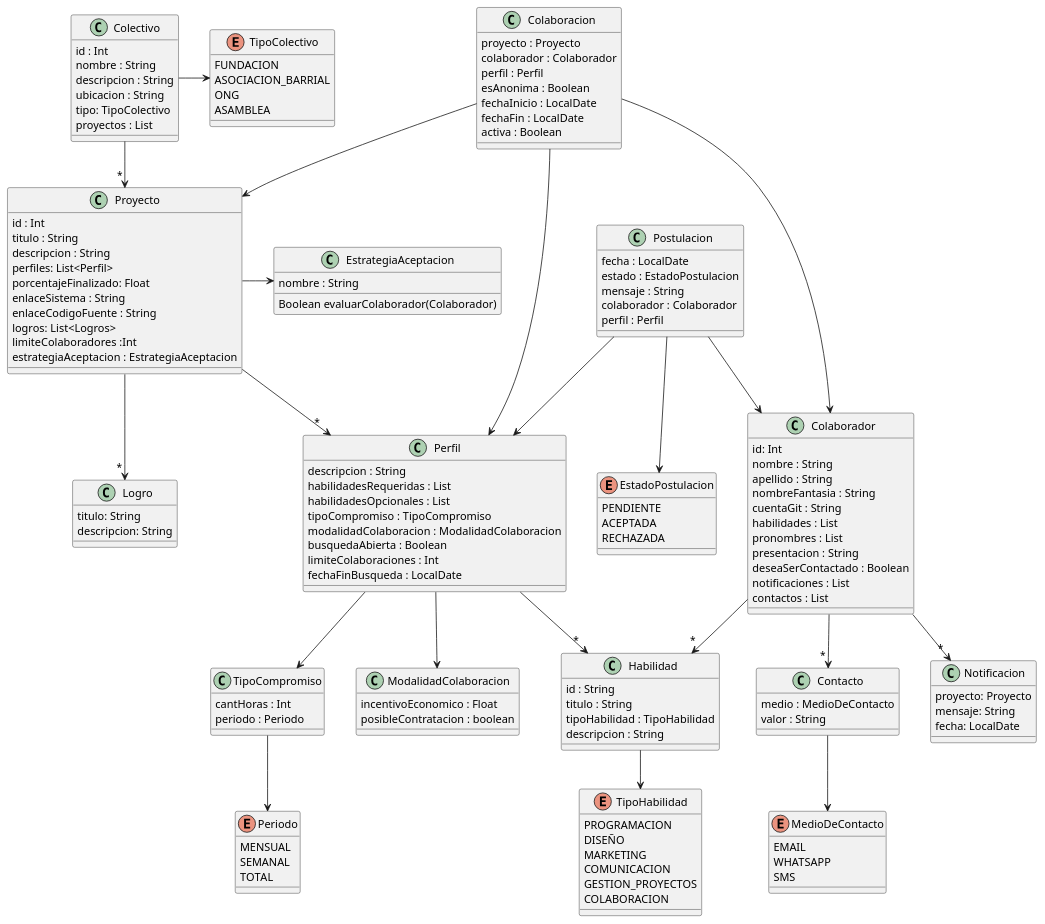
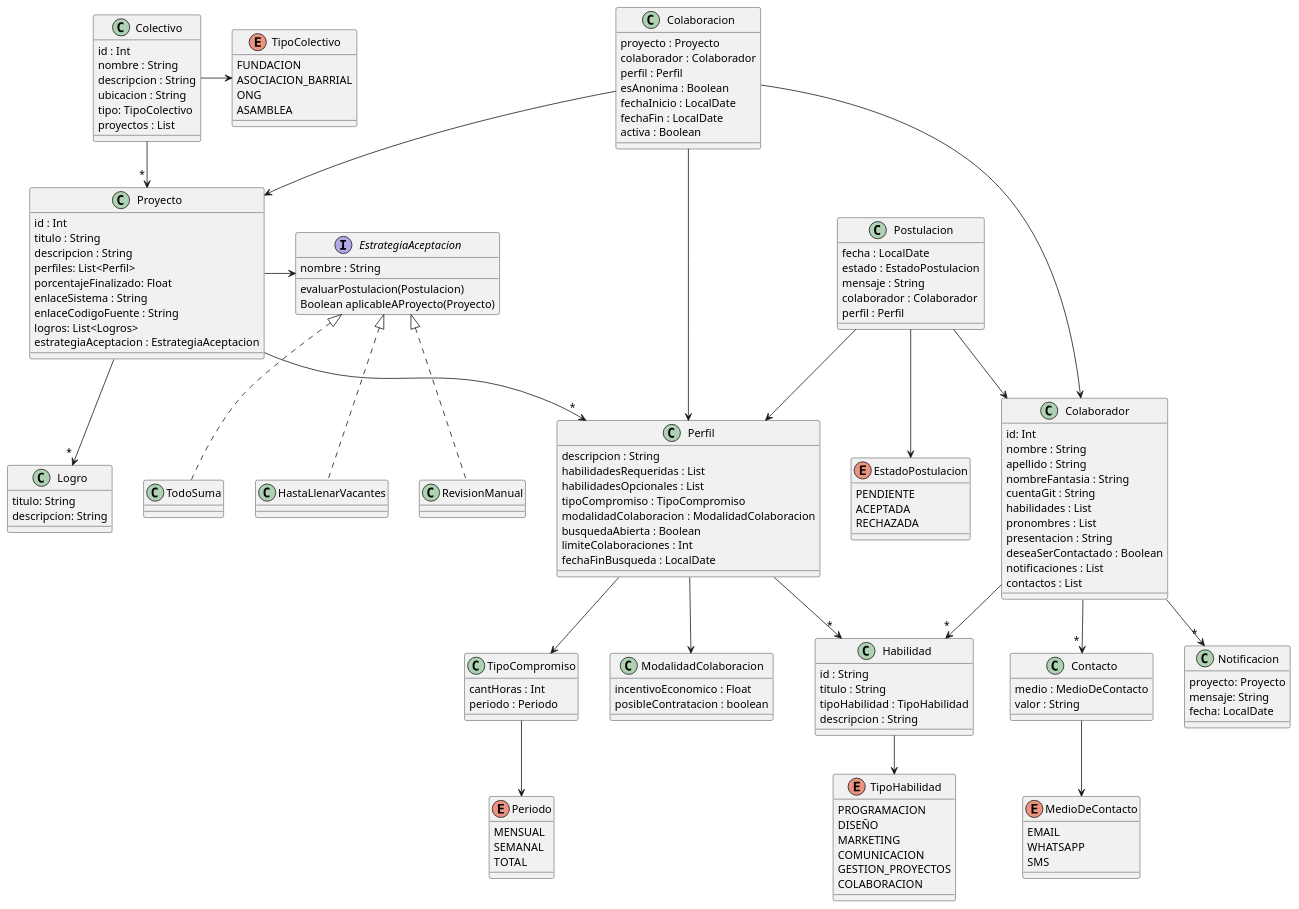
Before and after one commit to luchoetapia/tp_ddso_grupo_4: the diagram in diagramaDeClases.puml, drawn with PlantUML.

Commit message:
Actualizo diagrama con las estrategias de aceptación automática

```diff
--- a/diagramaDeClases.puml
+++ b/diagramaDeClases.puml
@@ -21,14 +21,23 @@
 enlaceSistema : String
 enlaceCodigoFuente : String
 logros: List<Logros>
-limiteColaboradores :Int
 estrategiaAceptacion : EstrategiaAceptacion
 }
 
-class EstrategiaAceptacion {
+interface EstrategiaAceptacion {
     nombre : String
 
-    Boolean evaluarColaborador(Colaborador)
+    evaluarPostulacion(Postulacion)
+    Boolean aplicableAProyecto(Proyecto)
+}
+
+class RevisionManual implements EstrategiaAceptacion {
+}
+
+class TodoSuma implements EstrategiaAceptacion {
+}
+
+class HastaLlenarVacantes implements EstrategiaAceptacion {
 }
 
 class Logro {
```
